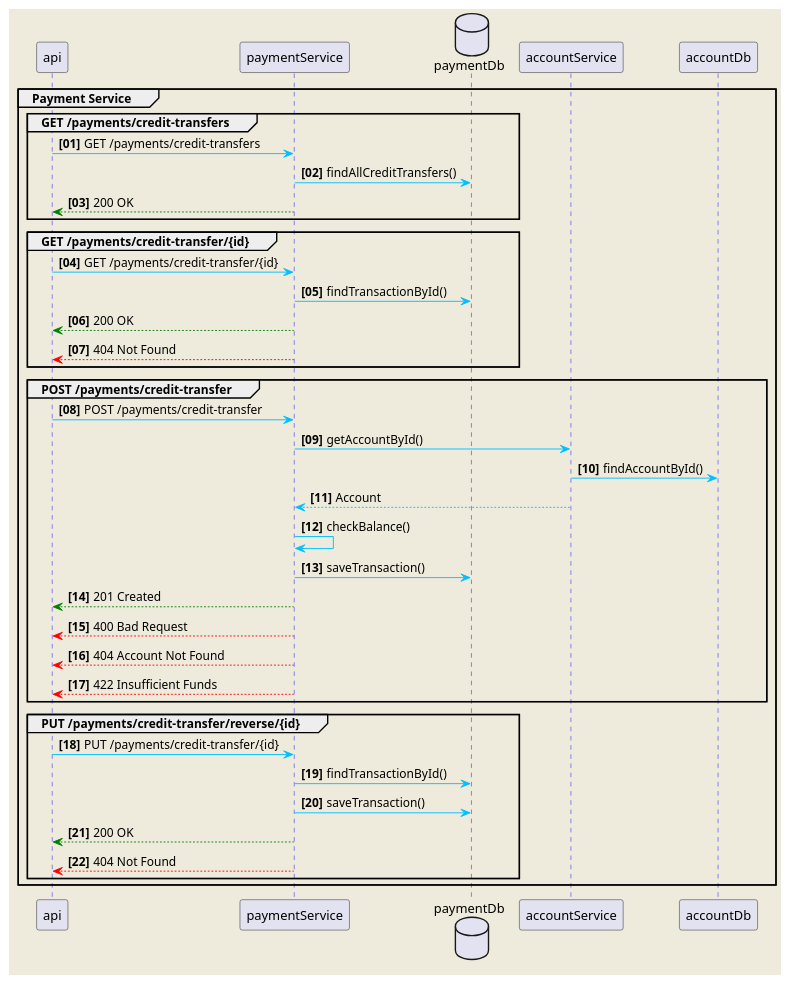
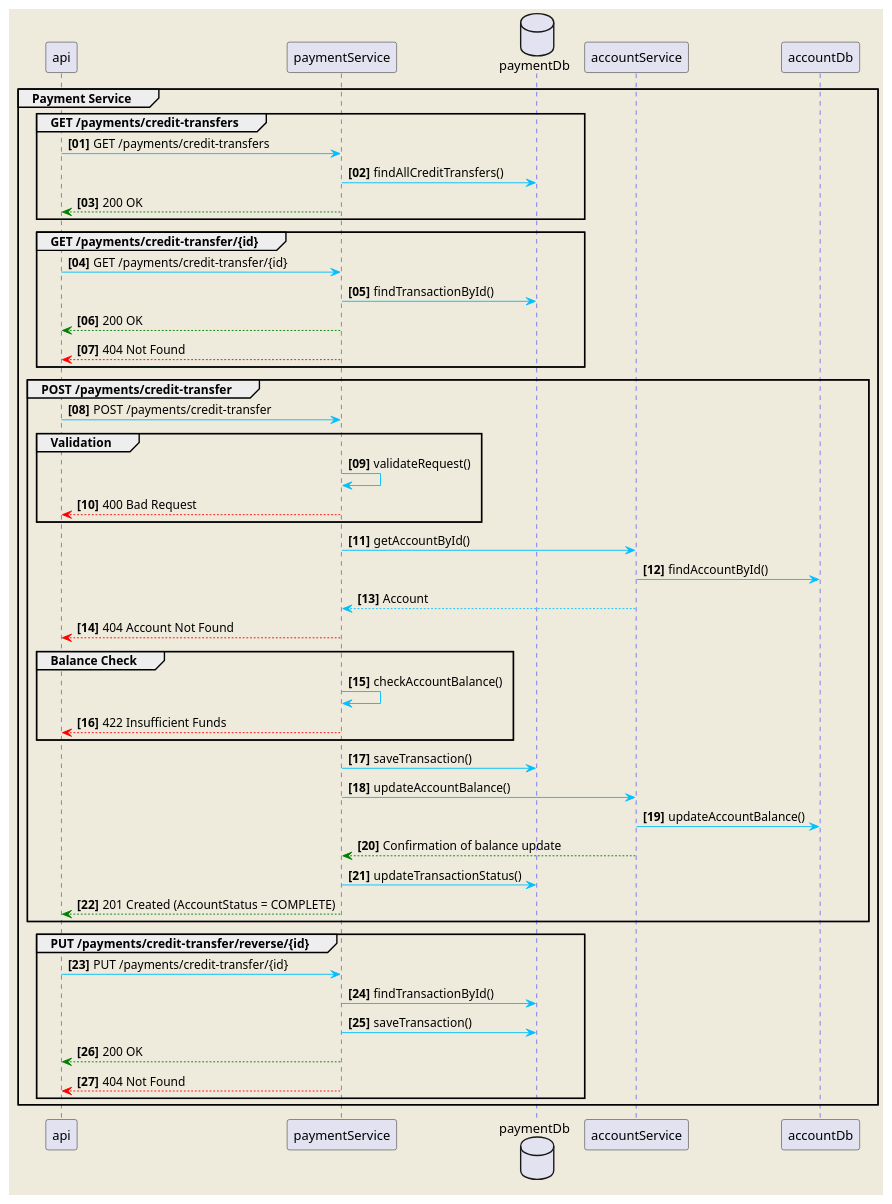
Before and after one commit to C0d3N1nJ4/payment-service: the diagram in docs/payment.plantuml, drawn with PlantUML.

Commit message:
Updated process flow diagram

```diff
--- a/docs/payment.plantuml
+++ b/docs/payment.plantuml
@@ -1,43 +1,52 @@
 @startuml
 skinparam backgroundColor #EEEBDC
 skinparam sequence {
 ArrowColor DeepSkyBlue
 ActorBorderColor DeepSkyBlue
 LifeLineBorderColor blue
 LifeLineBackgroundColor #A9DCDF}
 
 autonumber 1 1 "<b>[00]"
 group Payment Service
     group GET /payments/credit-transfers
         api -> paymentService: GET /payments/credit-transfers
         database    paymentDb    as paymentDb
         paymentService -> paymentDb: findAllCreditTransfers()
         api <-[#green]- paymentService: 200 OK
     end
     group GET /payments/credit-transfer/{id}
         api -> paymentService: GET /payments/credit-transfer/{id}
         paymentService -> paymentDb: findTransactionById()
         api <-[#green]- paymentService: 200 OK
         api <-[#red]- paymentService: 404 Not Found
     end
     group POST /payments/credit-transfer
            api -> paymentService: POST /payments/credit-transfer
-            paymentService -> accountService: getAccountById()
-            accountService -> accountDb: findAccountById()
-            accountService --> paymentService: Account
-            paymentService -> paymentService: checkBalance()
+           group Validation
+               paymentService -> paymentService: validateRequest()
+               api <-[#red]- paymentService: 400 Bad Request
+           end
+           paymentService -> accountService: getAccountById()
+           accountService -> accountDb: findAccountById()
+           accountService --> paymentService: Account
+           api <-[#red]- paymentService: 404 Account Not Found
+            group Balance Check
+                    paymentService -> paymentService: checkAccountBalance()
+                    api <-[#red]- paymentService: 422 Insufficient Funds
+            end
             paymentService -> paymentDb: saveTransaction()
-            api <-[#green]- paymentService: 201 Created
-            api <-[#red]- paymentService: 400 Bad Request
-            api <-[#red]- paymentService: 404 Account Not Found
-            api <-[#red]- paymentService: 422 Insufficient Funds
+            paymentService -> accountService: updateAccountBalance()
+            accountService -> accountDb: updateAccountBalance()
+            accountService -[#green]-> paymentService: Confirmation of balance update
+            paymentService -> paymentDb: updateTransactionStatus()
+            api <-[#green]- paymentService: 201 Created (AccountStatus = COMPLETE)
     end
     group PUT /payments/credit-transfer/reverse/{id}
         api -> paymentService: PUT /payments/credit-transfer/{id}
         paymentService -> paymentDb: findTransactionById()
         paymentService -> paymentDb: saveTransaction()
         api <-[#green]- paymentService: 200 OK
         api <-[#red]- paymentService: 404 Not Found
     end
 end
 @enduml
```
